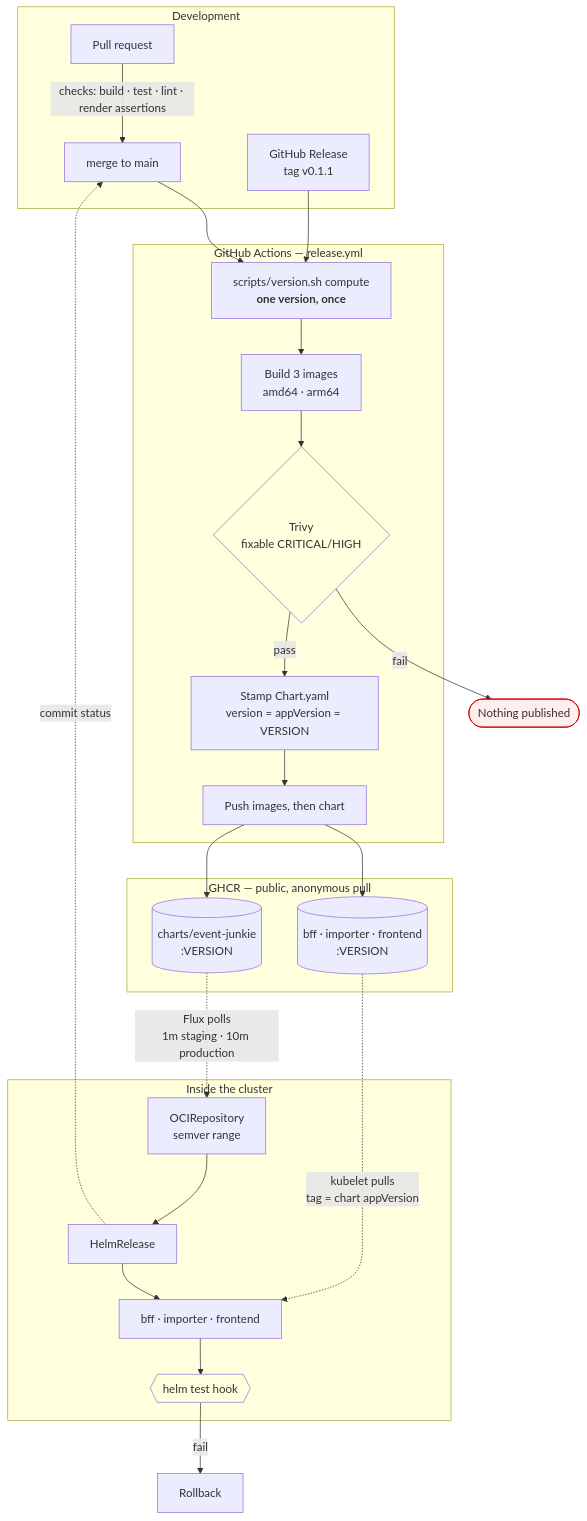
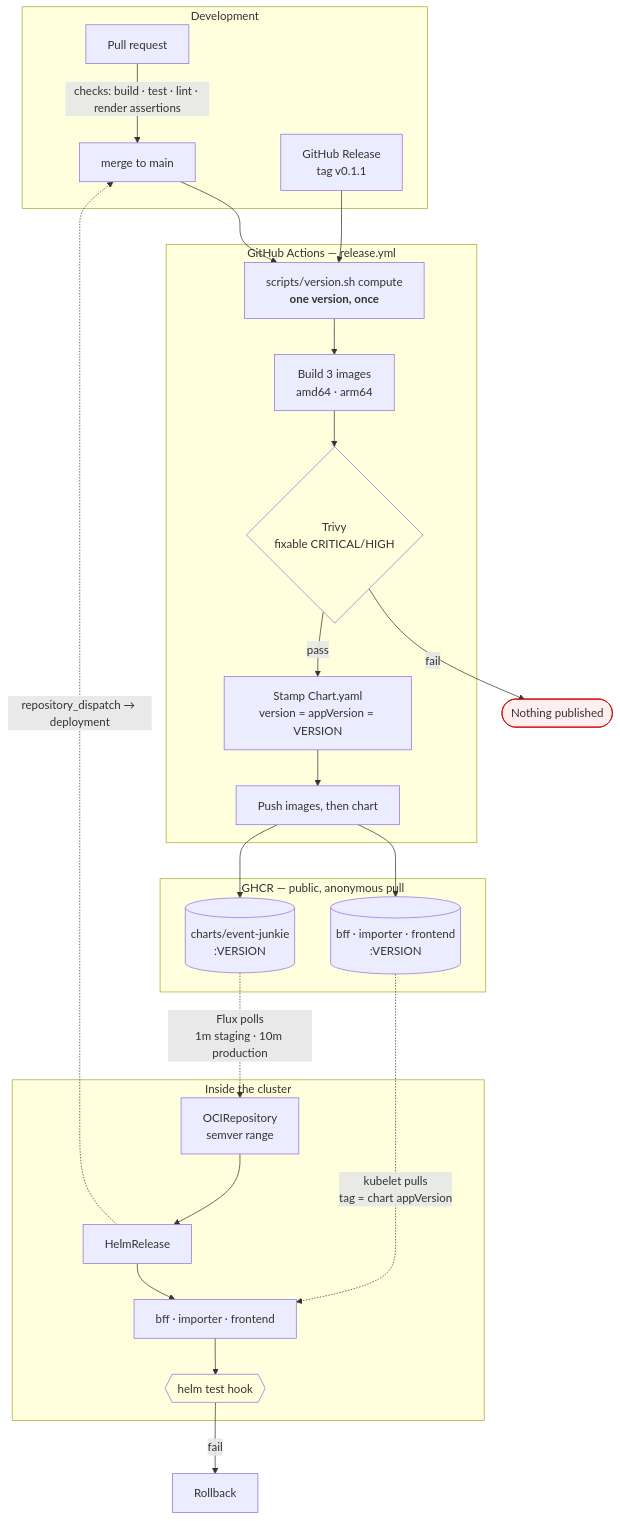
The diagram in docs/ops/RELEASING.md (enorm-labs/event-junkie), drawn with Mermaid before and after one commit. The commit also changed 7 other files, not shown here.

First line of the commit message:
fix(deploy): delete the commit-status provider, which this setup cannot make work

````diff
--- a/docs/ops/RELEASING.md
+++ b/docs/ops/RELEASING.md
@@ -12,46 +12,46 @@
 ```mermaid
 flowchart TB
     subgraph dev["Development"]
         pr["Pull request"] -->|"checks: build · test · lint · render assertions"| main["merge to main"]
         rel["GitHub Release<br/>tag v0.1.1"]
     end
 
     subgraph ci["GitHub Actions — release.yml"]
         ver["scripts/version.sh compute<br/><b>one version, once</b>"]
         build["Build 3 images<br/>amd64 · arm64"]
         scan{"Trivy<br/>fixable CRITICAL/HIGH"}
         stamp["Stamp Chart.yaml<br/>version = appVersion = VERSION"]
         push["Push images, then chart"]
     end
 
     subgraph ghcr["GHCR — public, anonymous pull"]
         imgs[("bff · importer · frontend<br/>:VERSION")]
         chart[("charts/event-junkie<br/>:VERSION")]
     end
 
     subgraph cluster["Inside the cluster"]
         ocirepo["OCIRepository<br/>semver range"]
         hr["HelmRelease"]
         wl["bff · importer · frontend"]
         test{{"helm test hook"}}
     end
 
     main --> ver
     rel --> ver
     ver --> build --> scan
     scan -->|"fail"| stop(["Nothing published"])
     scan -->|"pass"| stamp --> push
     push --> imgs
     push --> chart
 
     chart -.->|"Flux polls<br/>1m staging · 10m production"| ocirepo
     ocirepo --> hr --> wl
     imgs -.->|"kubelet pulls<br/>tag = chart appVersion"| wl
     wl --> test
     test -->|"fail"| rb["Rollback"]
-    hr -.->|"commit status"| main
+    hr -.->|"repository_dispatch → deployment"| main
 
     style stop fill:#fee,stroke:#c00
     style scan fill:#ffd
     style test fill:#ffd
 ```
````
